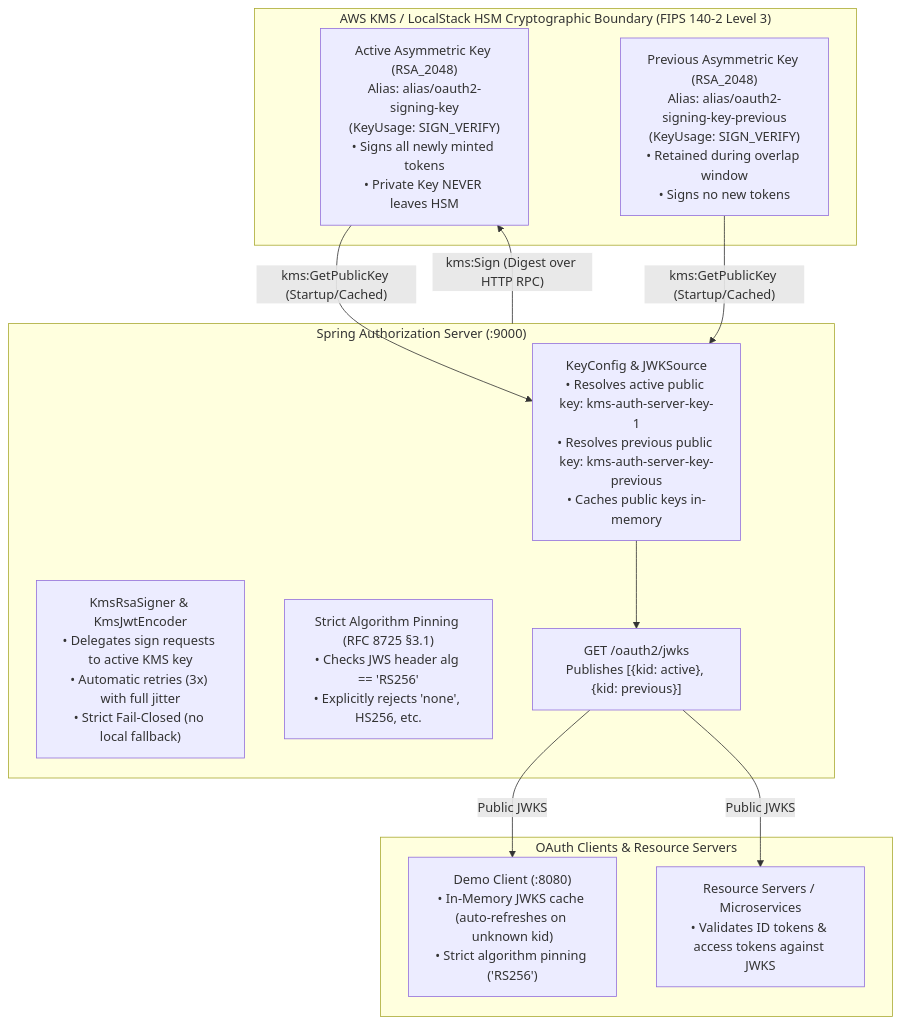
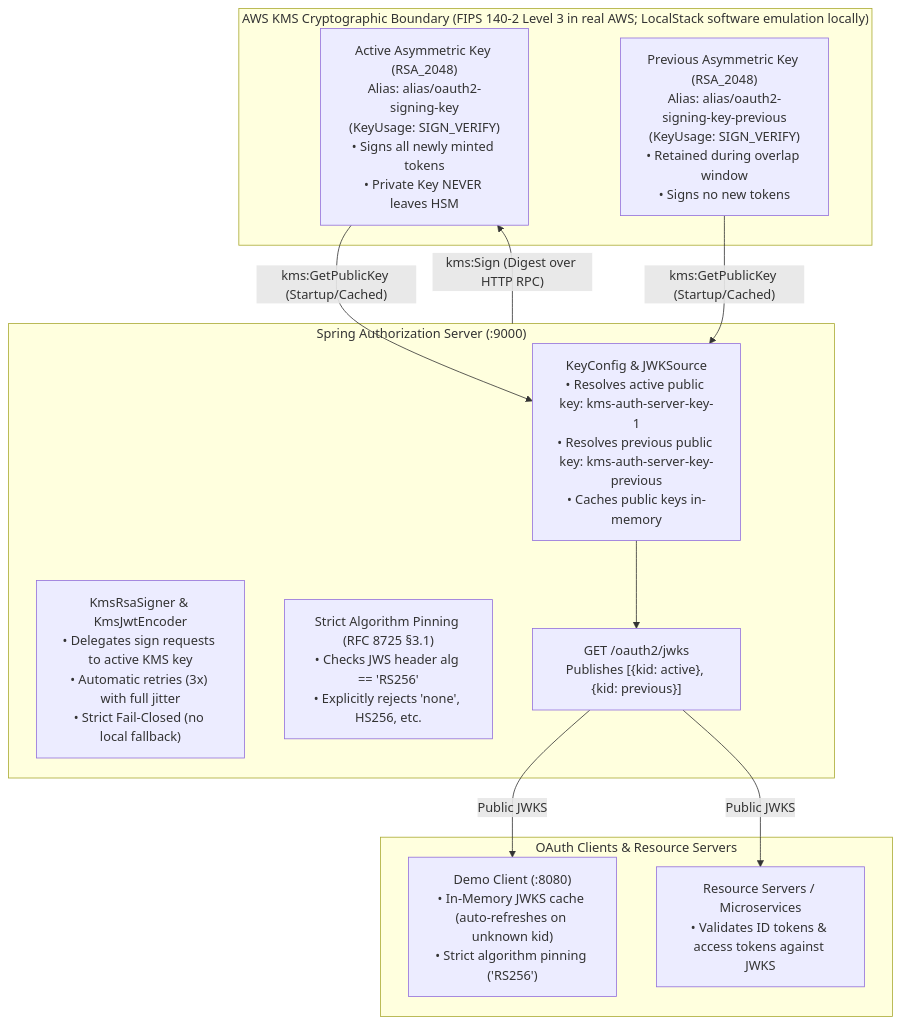
The first of 3 diagrams in docs/architecture/kms_multi_key_rotation_flow.md (shoeyn/oauth-server), drawn with Mermaid before and after one commit. The commit also changed 73 other files, not shown here.

````diff
--- a/docs/architecture/kms_multi_key_rotation_flow.md
+++ b/docs/architecture/kms_multi_key_rotation_flow.md
@@ -9,26 +9,26 @@
 ```mermaid
 flowchart TD
-    subgraph KMS ["AWS KMS / LocalStack HSM Cryptographic Boundary (FIPS 140-2 Level 3)"]
+    subgraph KMS ["AWS KMS Cryptographic Boundary (FIPS 140-2 Level 3 in real AWS; LocalStack software emulation locally)"]
         ActiveKey["Active Asymmetric Key (RSA_2048)<br/>Alias: alias/oauth2-signing-key<br/>(KeyUsage: SIGN_VERIFY)<br/>• Signs all newly minted tokens<br/>• Private Key NEVER leaves HSM"]
         PreviousKey["Previous Asymmetric Key (RSA_2048)<br/>Alias: alias/oauth2-signing-key-previous<br/>(KeyUsage: SIGN_VERIFY)<br/>• Retained during overlap window<br/>• Signs no new tokens"]
     end
 
     subgraph SpringServer ["Spring Authorization Server (:9000)"]
         KeyConfig["KeyConfig & JWKSource<br/>• Resolves active public key: kms-auth-server-key-1<br/>• Resolves previous public key: kms-auth-server-key-previous<br/>• Caches public keys in-memory"]
         KmsSigner["KmsRsaSigner & KmsJwtEncoder<br/>• Delegates sign requests to active KMS key<br/>• Automatic retries (3x) with full jitter<br/>• Strict Fail-Closed (no local fallback)"]
         AlgValidator["Strict Algorithm Pinning (RFC 8725 §3.1)<br/>• Checks JWS header alg == 'RS256'<br/>• Explicitly rejects 'none', HS256, etc."]
         JwksEndpoint["GET /oauth2/jwks<br/>Publishes [{kid: active}, {kid: previous}]"]
     end
 
     subgraph ClientsAndRS ["OAuth Clients & Resource Servers"]
         DemoClient["Demo Client (:8080)<br/>• In-Memory JWKS cache (auto-refreshes on unknown kid)<br/>• Strict algorithm pinning ('RS256')"]
         ResourceServer["Resource Servers / Microservices<br/>• Validates ID tokens & access tokens against JWKS"]
     end
 
     ActiveKey -->|"kms:GetPublicKey (Startup/Cached)"| KeyConfig
     PreviousKey -->|"kms:GetPublicKey (Startup/Cached)"| KeyConfig
     KeyConfig --> JwksEndpoint
     JwksEndpoint -->|Public JWKS| DemoClient
     JwksEndpoint -->|Public JWKS| ResourceServer
     SpringServer -->|"kms:Sign (Digest over HTTP RPC)"| ActiveKey
 ```
````
